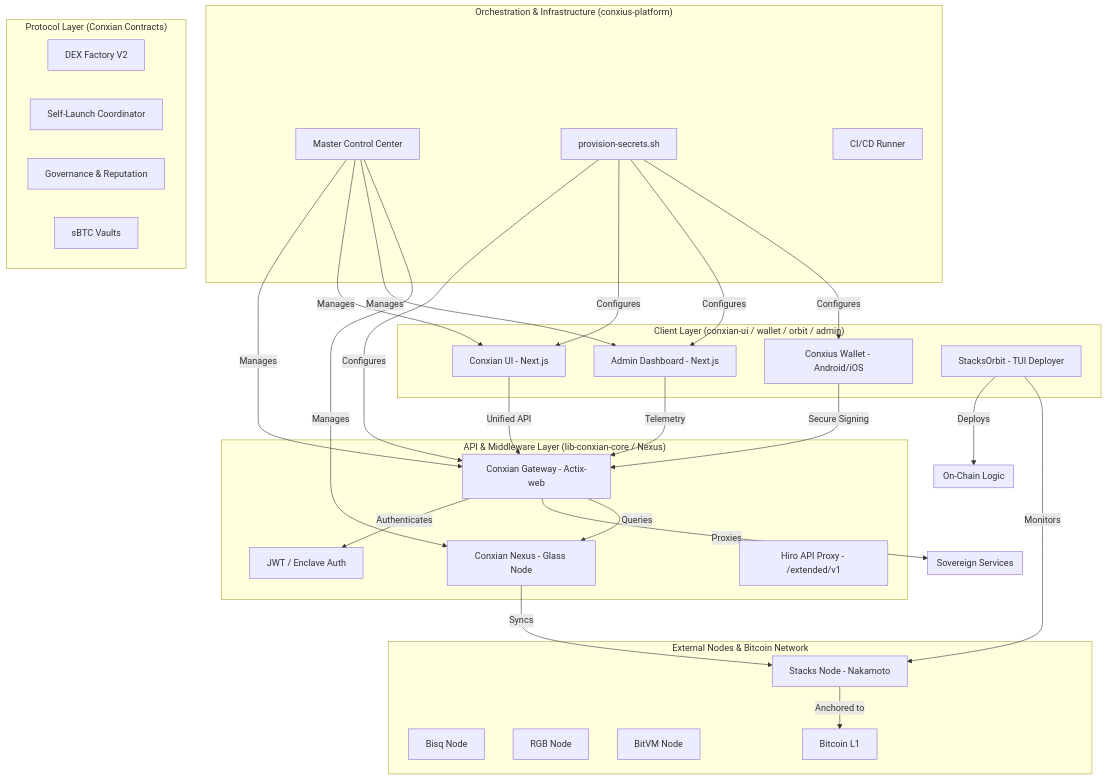
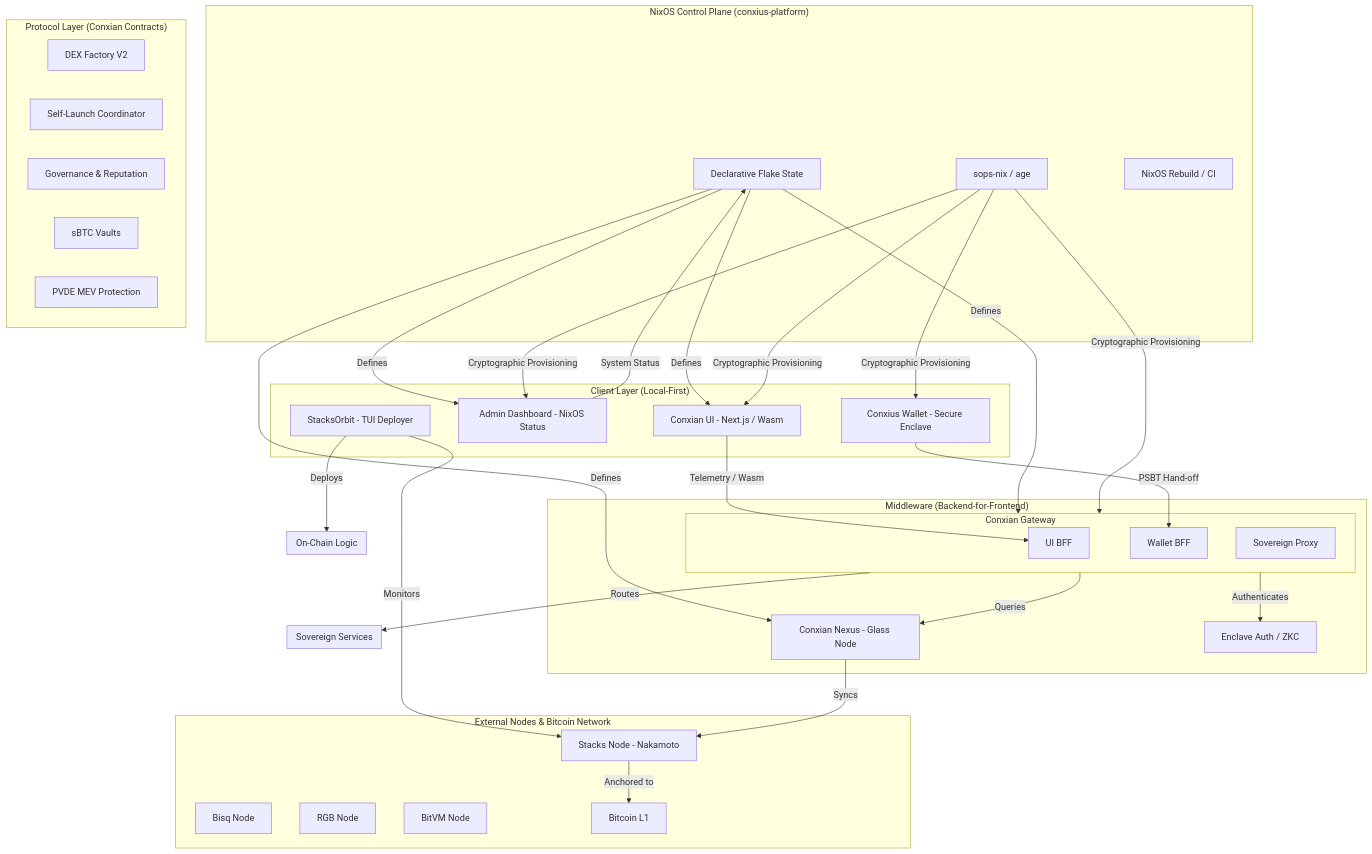
The diagram in SYSTEM_GRAPH.md (Conxian/conxius-platform), drawn with Mermaid before and after one commit. The commit also changed other lines of this file and 7 other files, not shown here.

````diff
--- a/SYSTEM_GRAPH.md
+++ b/SYSTEM_GRAPH.md
@@ -5,72 +5,77 @@
 ```mermaid
 graph TD
-    subgraph "Orchestration & Infrastructure (conxius-platform)"
-        P[Master Control Center]
-        S[provision-secrets.sh]
-        CI[CI/CD Runner]
+    subgraph "NixOS Control Plane (conxius-platform)"
+        P[Declarative Flake State]
+        S[sops-nix / age]
+        CI[NixOS Rebuild / CI]
     end
 
-    subgraph "API & Middleware Layer (lib-conxian-core / Nexus)"
-        GW[Conxian Gateway - Actix-web]
+    subgraph "Middleware (Backend-for-Frontend)"
+        subgraph GW [Conxian Gateway]
+            UBFF[UI BFF]
+            WBFF[Wallet BFF]
+            SP[Sovereign Proxy]
+        end
         NX[Conxian Nexus - Glass Node]
-        AUTH[JWT / Enclave Auth]
-        HIRO[Hiro API Proxy - /extended/v1]
+        AUTH[Enclave Auth / ZKC]
     end
 
-    subgraph "Client Layer (conxian-ui / wallet / orbit / admin)"
-        UI[Conxian UI - Next.js]
-        ADM[Admin Dashboard - Next.js]
-        W[Conxius Wallet - Android/iOS]
+    subgraph "Client Layer (Local-First)"
+        UI[Conxian UI - Next.js / Wasm]
+        ADM[Admin Dashboard - NixOS Status]
+        W[Conxius Wallet - Secure Enclave]
         ORB[StacksOrbit - TUI Deployer]
     end
 
     subgraph "Protocol Layer (Conxian Contracts)"
         DEX[DEX Factory V2]
         LAUNCH[Self-Launch Coordinator]
         GOV[Governance & Reputation]
         SBTC[sBTC Vaults]
+        MEV[PVDE MEV Protection]
     end
 
     subgraph "External Nodes & Bitcoin Network"
         BISQ[Bisq Node]
         RGB[RGB Node]
         BITVM[BitVM Node]
         STX[Stacks Node - Nakamoto]
         BTC[Bitcoin L1]
     end
 
-    P -->|Manages| GW
-    P -->|Manages| UI
-    P -->|Manages| ADM
-    P -->|Manages| NX
-    S -->|Configures| GW
-    S -->|Configures| UI
-    S -->|Configures| ADM
-    S -->|Configures| W
+    P -->|Defines| GW
+    P -->|Defines| UI
+    P -->|Defines| ADM
+    P -->|Defines| NX
+    S -->|Cryptographic Provisioning| GW
+    S -->|Cryptographic Provisioning| UI
+    S -->|Cryptographic Provisioning| ADM
+    S -->|Cryptographic Provisioning| W
 
-    UI -->|Unified API| GW
-    ADM -->|Telemetry| GW
-    W -->|Secure Signing| GW
+    UI -->|Telemetry / Wasm| UBFF
+    ADM -->|System Status| P
+    W -->|PSBT Hand-off| WBFF
     ORB -->|Deploys| Protocol
     ORB -->|Monitors| STX
 
     GW -->|Authenticates| AUTH
-    GW -->|Proxies| Sovereign
+    GW -->|Routes| Sovereign
     GW -->|Queries| NX
     NX -->|Syncs| STX
 
     STX -->|Anchored to| BTC
 
     subgraph Protocol [On-Chain Logic]
         DEX
         LAUNCH
         GOV
         SBTC
+        MEV
     end
 
     subgraph Sovereign [Sovereign Services]
         BISQ
         RGB
         BITVM
     end
 ```
````
